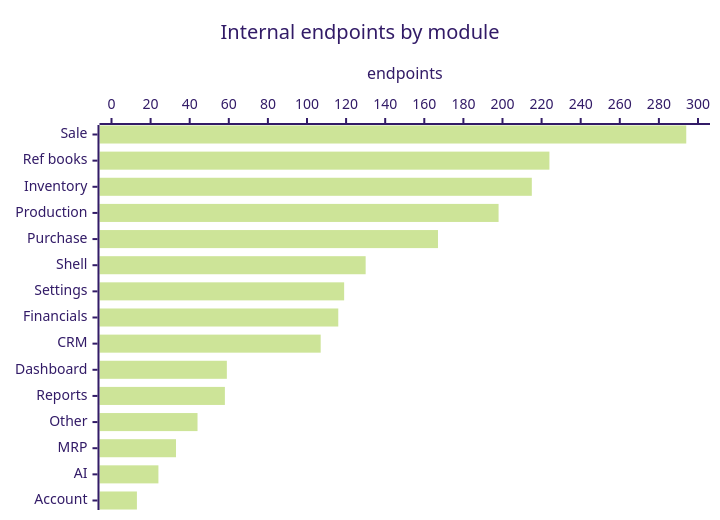
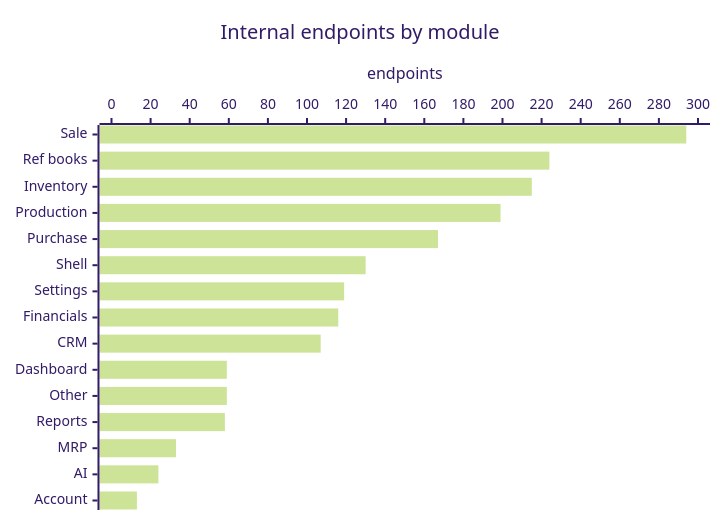
One commit to fightmilk808/cin7-core-rebuild changed the first of 4 diagrams in README.md. Above: the diagram before and after it, drawn with Mermaid (forest theme). The commit also changed other lines of this file and 17 other files, not shown here.

````diff
--- a/README.md
+++ b/README.md
@@ -19,7 +19,7 @@
 ```mermaid
 xychart-beta horizontal
     title "Internal endpoints by module"
-    x-axis ["Sale", "Ref books", "Inventory", "Production", "Purchase", "Shell", "Settings", "Financials", "CRM", "Dashboard", "Reports", "Other", "MRP", "AI", "Account"]
+    x-axis ["Sale", "Ref books", "Inventory", "Production", "Purchase", "Shell", "Settings", "Financials", "CRM", "Dashboard", "Other", "Reports", "MRP", "AI", "Account"]
     y-axis "endpoints" 0 --> 300
-    bar [294, 224, 215, 198, 167, 130, 119, 116, 107, 59, 58, 44, 33, 24, 13]
+    bar [294, 224, 215, 199, 167, 130, 119, 116, 107, 59, 59, 58, 33, 24, 13]
 ```
````
